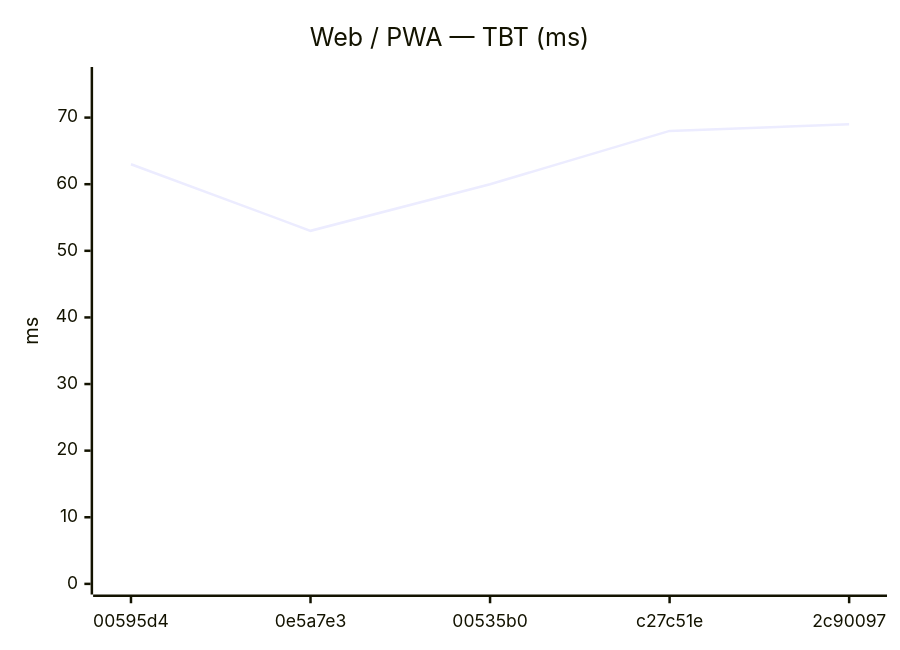
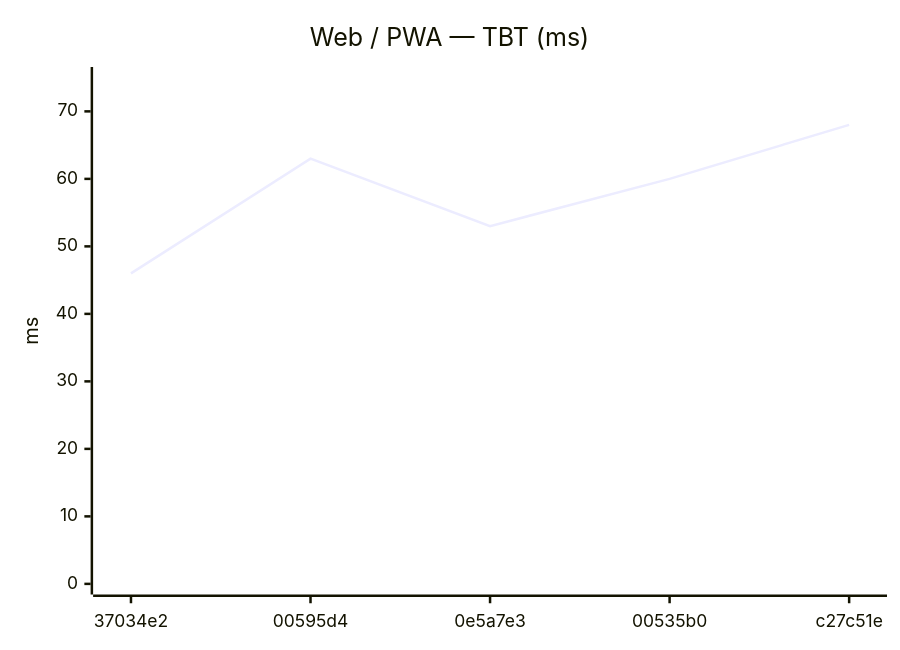
One commit to Metaheurist/Rianell changed the tenth of 24 diagrams in benchmarks/compare.md. Above: the diagram before and after it, drawn with Mermaid. The commit also changed other lines of this file and 12 other files, not shown here.

````diff
--- a/benchmarks/compare.md
+++ b/benchmarks/compare.md
@@ -139,7 +143,7 @@
 ```mermaid
 xychart-beta
     title "Web / PWA — TBT (ms)"
-    x-axis ["00595d4", "0e5a7e3", "00535b0", "c27c51e", "2c90097"]
-    y-axis "ms" 0 --> 76
-    line [63, 53, 60, 68, 69]
+    x-axis ["37034e2", "00595d4", "0e5a7e3", "00535b0", "c27c51e"]
+    y-axis "ms" 0 --> 75
+    line [46, 63, 53, 60, 68]
 ```
````
